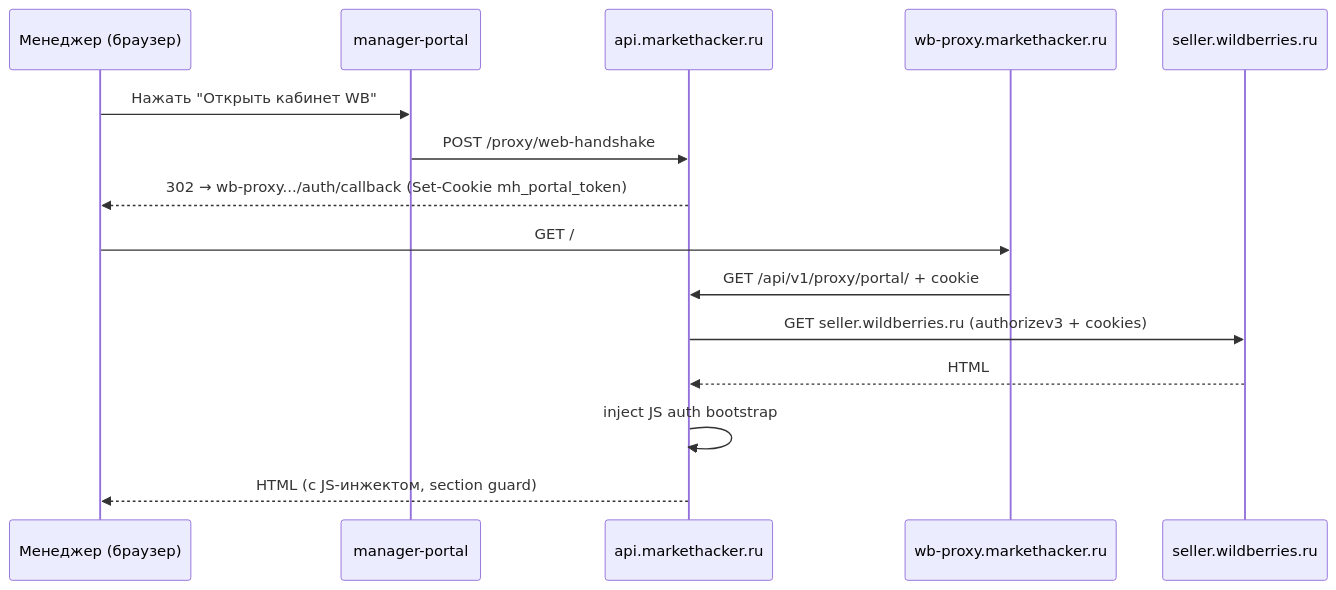
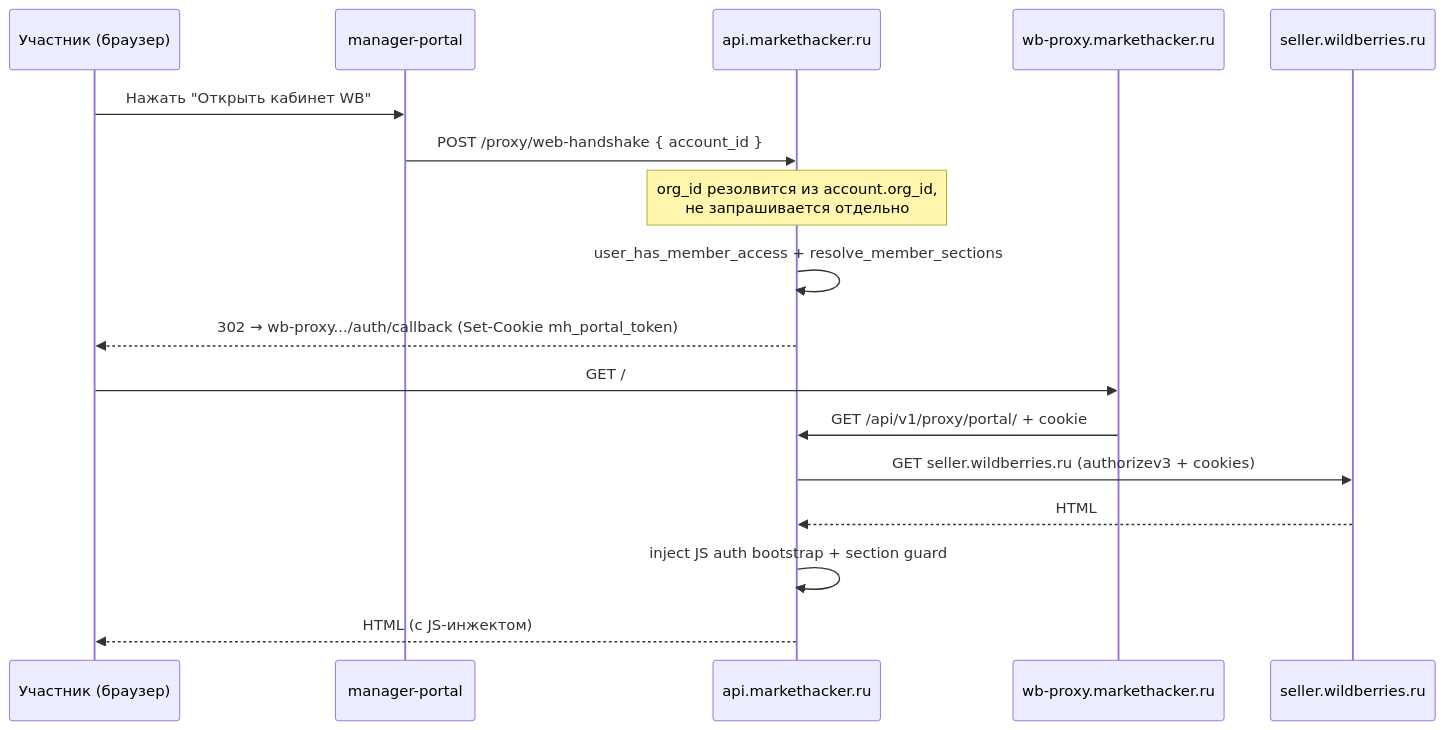
Before and after one commit to MarketHackerLabs/docs: the second of 3 diagrams in architecture/marketplace-access-model.md, drawn with Mermaid. The commit also changed other lines of this file and 9 other files, not shown here.

````diff
--- a/architecture/marketplace-access-model.md
+++ b/architecture/marketplace-access-model.md
@@ -154,19 +197,21 @@
 ```mermaid
 sequenceDiagram
-    participant M as Менеджер (браузер)
+    participant M as Участник (браузер)
     participant MP as manager-portal
     participant API as api.markethacker.ru
     participant Proxy as wb-proxy.markethacker.ru
     participant WB as seller.wildberries.ru
 
     M->>MP: Нажать "Открыть кабинет WB"
-    MP->>API: POST /proxy/web-handshake
+    MP->>API: POST /proxy/web-handshake { account_id }
+    Note over API: org_id резолвится из account.org_id,<br/>не запрашивается отдельно
+    API->>API: user_has_member_access + resolve_member_sections
     API-->>M: 302 → wb-proxy.../auth/callback (Set-Cookie mh_portal_token)
 
     M->>Proxy: GET /
     Proxy->>API: GET /api/v1/proxy/portal/ + cookie
     API->>WB: GET seller.wildberries.ru (authorizev3 + cookies)
     WB-->>API: HTML
-    API->>API: inject JS auth bootstrap
-    API-->>M: HTML (с JS-инжектом, section guard)
+    API->>API: inject JS auth bootstrap + section guard
+    API-->>M: HTML (с JS-инжектом)
 ```
````
